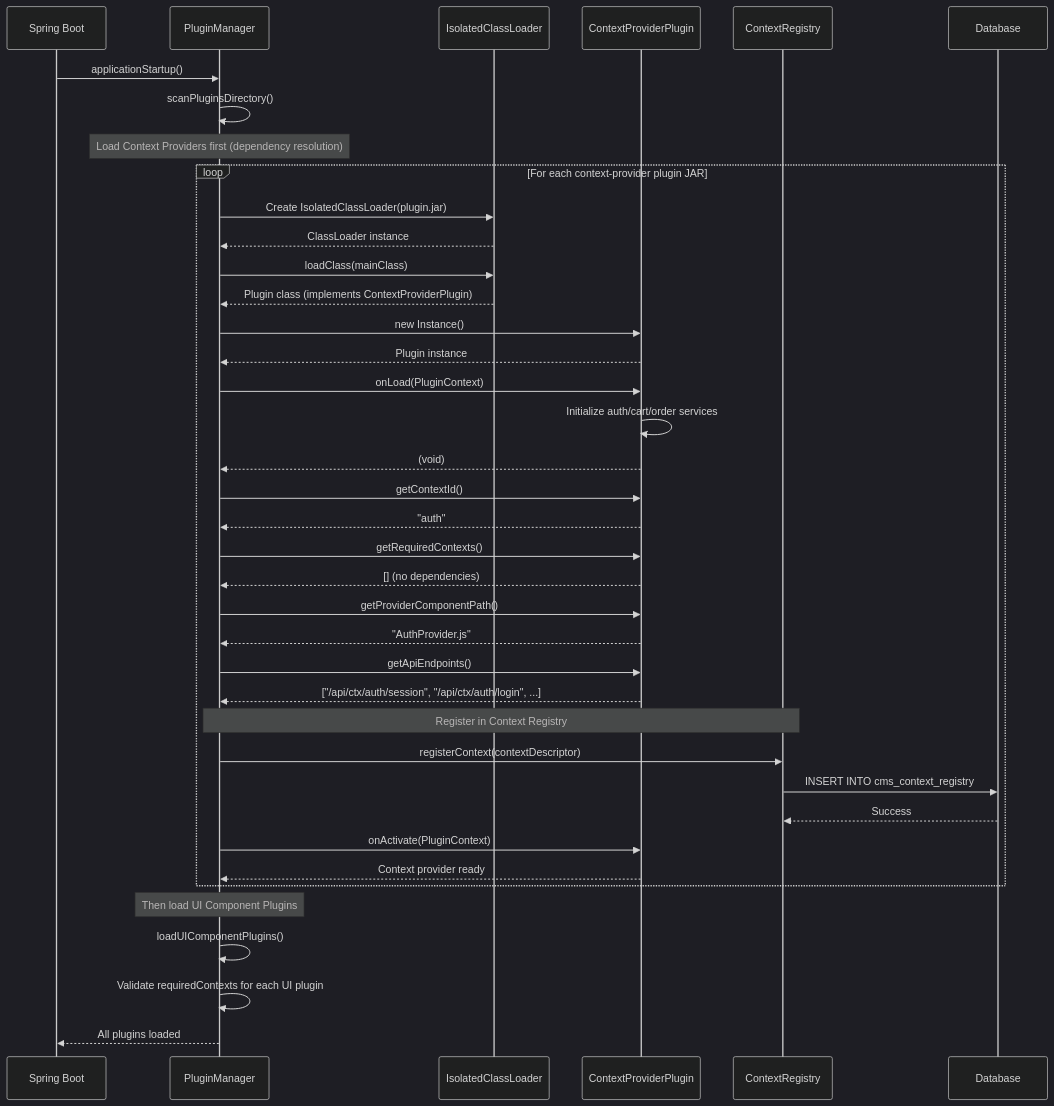
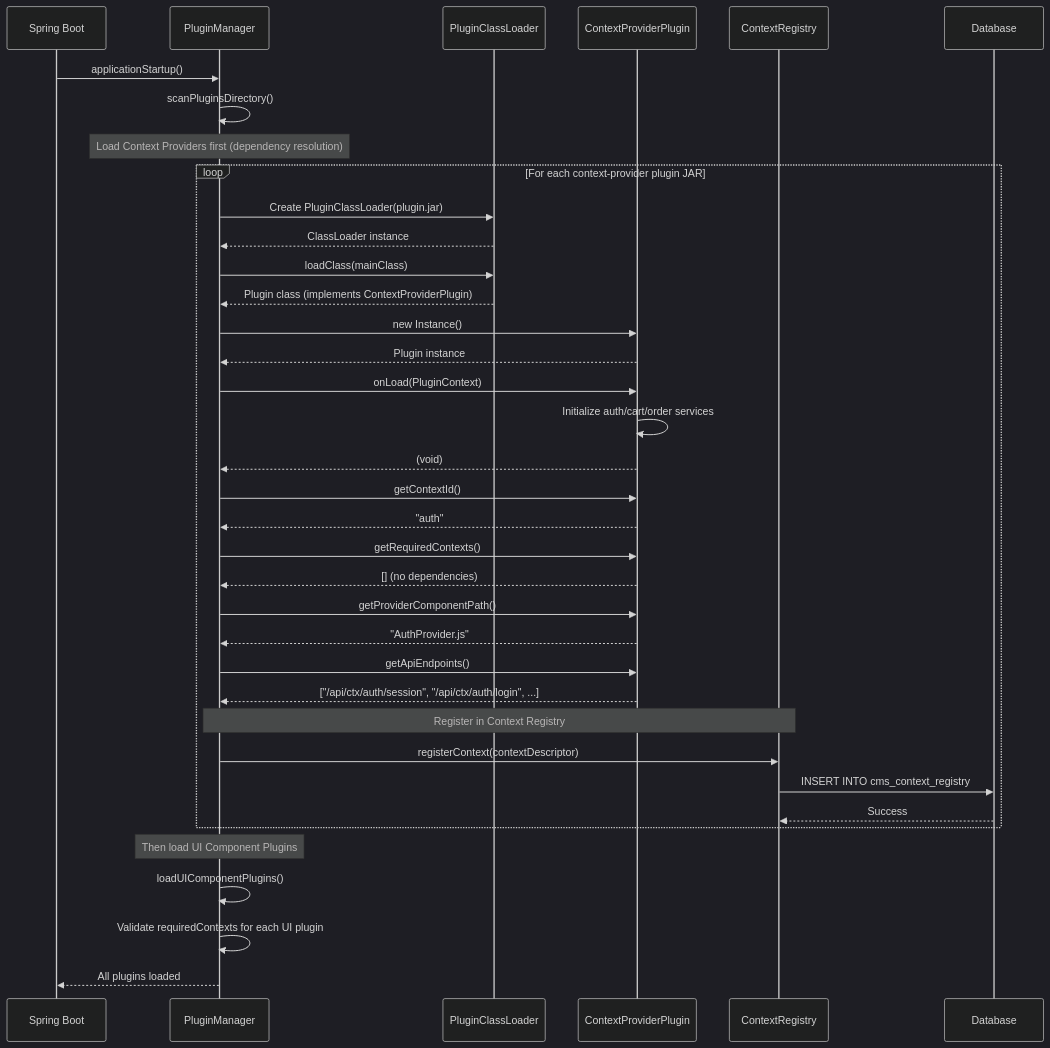
Before and after one commit to Visual-Site-Designer-VSD/visual-site-designer: the fourth of 13 diagrams in docs/architecture/arc42/06-runtime-view.md, drawn with Mermaid (dark theme). The commit also changed other lines of this file and 15 other files, not shown here.

````diff
--- a/docs/architecture/arc42/06-runtime-view.md
+++ b/docs/architecture/arc42/06-runtime-view.md
@@ -235,52 +211,49 @@
 ```mermaid
 sequenceDiagram
     participant Boot as Spring Boot
     participant PM as PluginManager
-    participant CL as IsolatedClassLoader
+    participant CL as PluginClassLoader
     participant CtxPlugin as ContextProviderPlugin
     participant CtxReg as ContextRegistry
     participant DB as Database
 
     Boot->>PM: applicationStartup()
     PM->>PM: scanPluginsDirectory()
 
     Note over PM: Load Context Providers first (dependency resolution)
 
     loop For each context-provider plugin JAR
-        PM->>CL: Create IsolatedClassLoader(plugin.jar)
+        PM->>CL: Create PluginClassLoader(plugin.jar)
         CL-->>PM: ClassLoader instance
 
         PM->>CL: loadClass(mainClass)
         CL-->>PM: Plugin class (implements ContextProviderPlugin)
 
         PM->>CtxPlugin: new Instance()
         CtxPlugin-->>PM: Plugin instance
 
         PM->>CtxPlugin: onLoad(PluginContext)
         CtxPlugin->>CtxPlugin: Initialize auth/cart/order services
         CtxPlugin-->>PM: (void)
 
         PM->>CtxPlugin: getContextId()
         CtxPlugin-->>PM: "auth"
         PM->>CtxPlugin: getRequiredContexts()
         CtxPlugin-->>PM: [] (no dependencies)
         PM->>CtxPlugin: getProviderComponentPath()
         CtxPlugin-->>PM: "AuthProvider.js"
         PM->>CtxPlugin: getApiEndpoints()
         CtxPlugin-->>PM: ["/api/ctx/auth/session", "/api/ctx/auth/login", ...]
 
         Note over PM,CtxReg: Register in Context Registry
         PM->>CtxReg: registerContext(contextDescriptor)
         CtxReg->>DB: INSERT INTO cms_context_registry
         DB-->>CtxReg: Success
-
-        PM->>CtxPlugin: onActivate(PluginContext)
-        CtxPlugin-->>PM: Context provider ready
     end
 
     Note over PM: Then load UI Component Plugins
     PM->>PM: loadUIComponentPlugins()
     PM->>PM: Validate requiredContexts for each UI plugin
 
     PM-->>Boot: All plugins loaded
 ```
````
